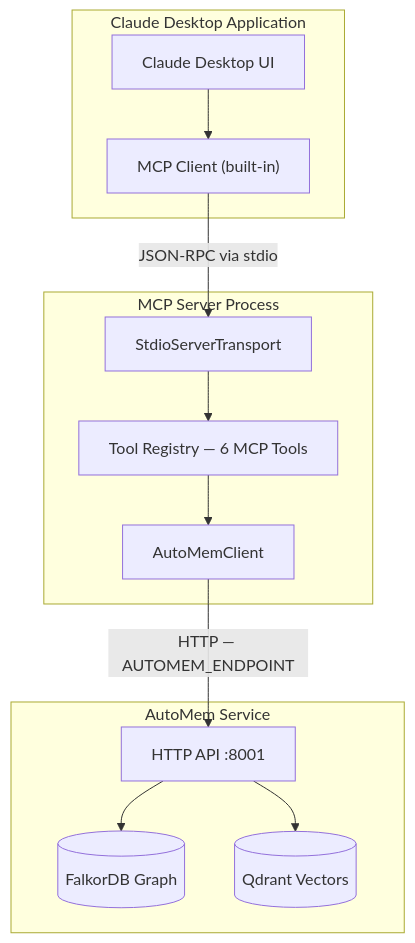
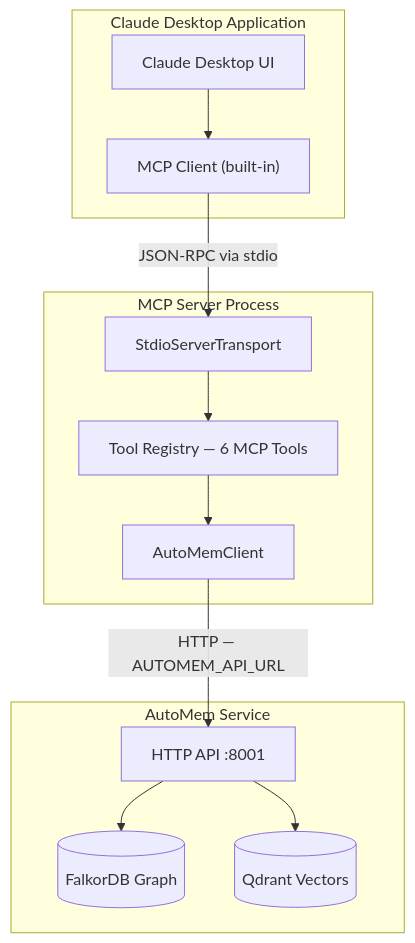
The first of 2 diagrams in src/content/docs/docs/platforms/claude-desktop.md (verygoodplugins/automem-website), drawn with Mermaid before and after one commit. The commit also changed other lines of this file and 9 other files, not shown here.

First line of the commit message:
docs: use canonical AUTOMEM_API_URL in platform config examples

````diff
--- a/src/content/docs/docs/platforms/claude-desktop.md
+++ b/src/content/docs/docs/platforms/claude-desktop.md
@@ -14,27 +14,27 @@
 ```mermaid
 graph TB
     subgraph "Claude Desktop Application"
         UI["Claude Desktop UI"]
         MCP_CLIENT["MCP Client (built-in)"]
     end
 
     subgraph "MCP Server Process"
         STDIO["StdioServerTransport"]
         TOOLS["Tool Registry — 6 MCP Tools"]
         CLIENT["AutoMemClient"]
     end
 
     subgraph "AutoMem Service"
         API["HTTP API :8001"]
         FALKOR[("FalkorDB Graph")]
         QDRANT[("Qdrant Vectors")]
     end
 
     UI --> MCP_CLIENT
     MCP_CLIENT -->|"JSON-RPC via stdio"| STDIO
     STDIO --> TOOLS
     TOOLS --> CLIENT
-    CLIENT -->|"HTTP — AUTOMEM_ENDPOINT"| API
+    CLIENT -->|"HTTP — AUTOMEM_API_URL"| API
     API --> FALKOR
     API --> QDRANT
 ```
````
